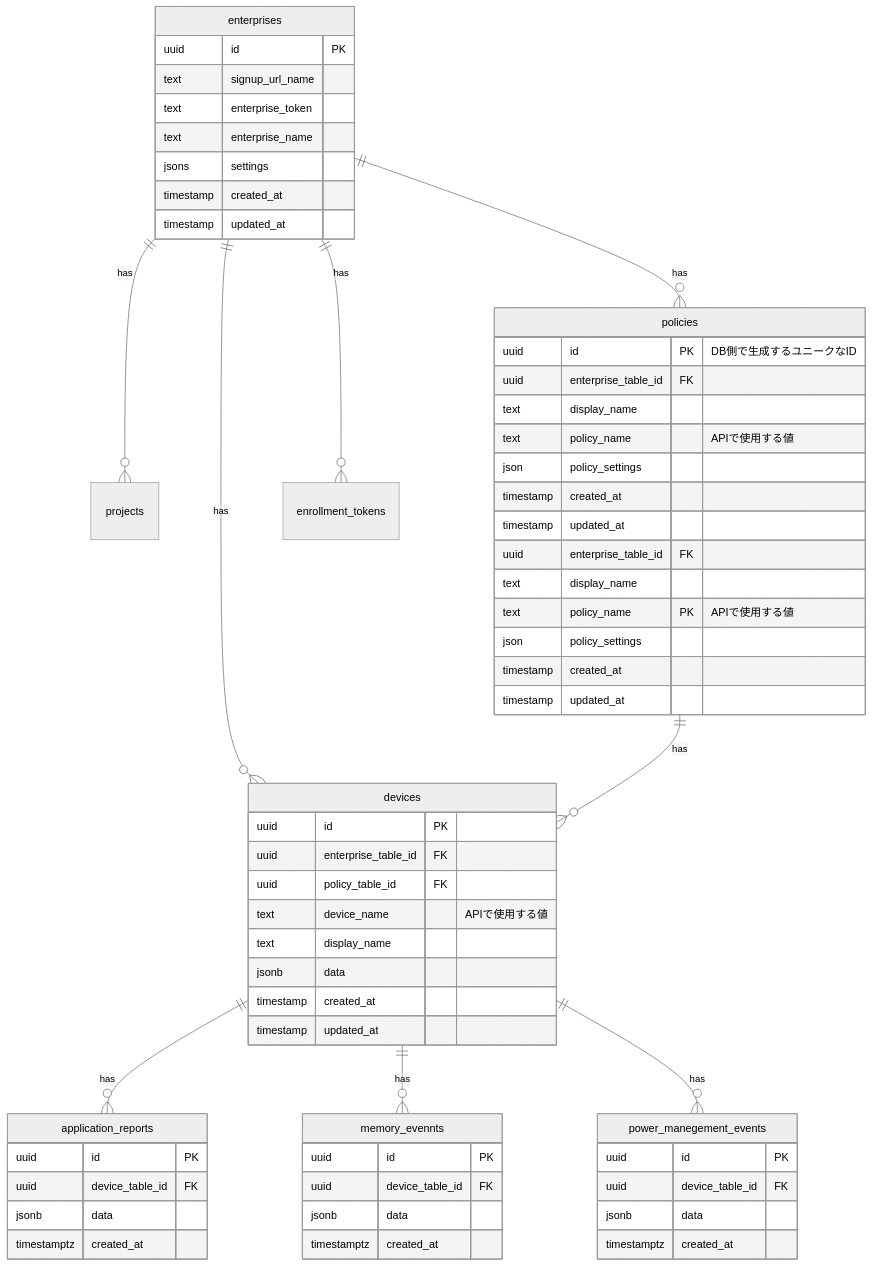
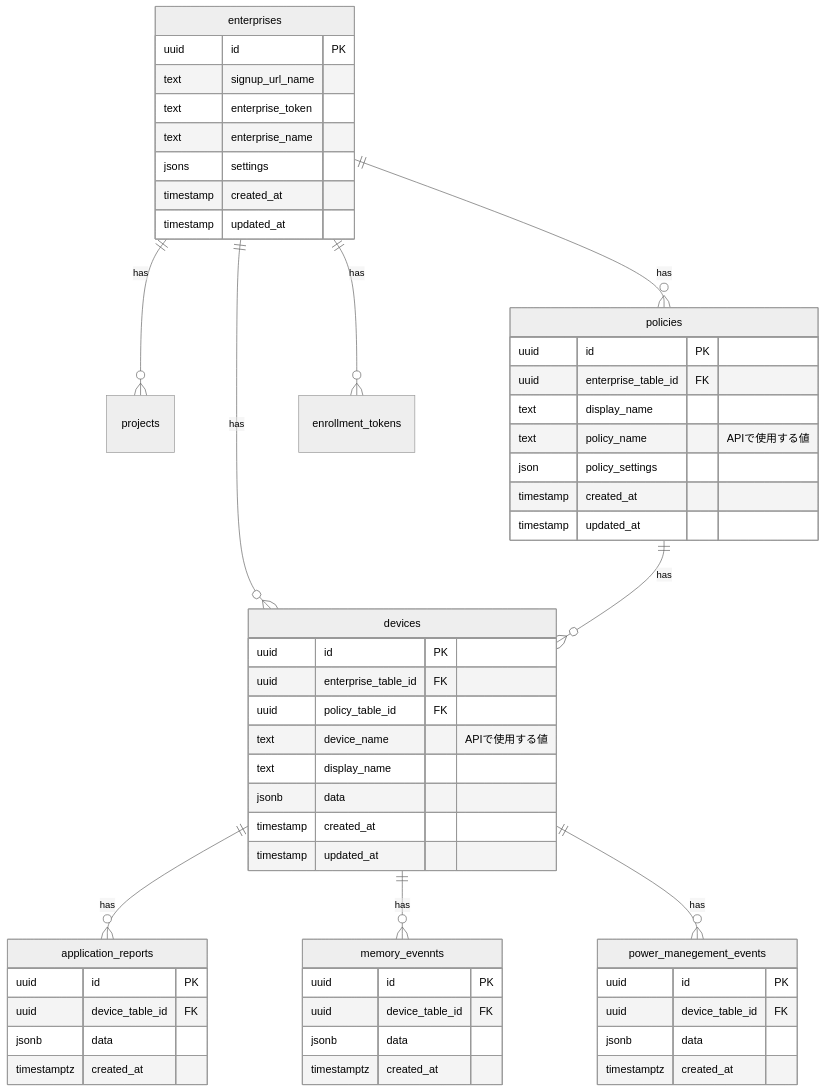
Before and after one commit to tk20211228/sample-site: the diagram in db/dev/enterprise-policy-device-er.md, drawn with Mermaid (neutral theme). The commit also changed 170 other files, not shown here.

```diff
--- a/db/dev/enterprise-policy-device-er.md
+++ b/db/dev/enterprise-policy-device-er.md
@@ -24,19 +24,10 @@
     }
 
     policies {
-        uuid id PK　"DB側で生成するユニークなID"
+        uuid id PK
         uuid enterprise_table_id FK
         text display_name
         text policy_name "APIで使用する値"
-        json policy_settings
-        timestamp created_at
-        timestamp updated_at
-    }
-
-　　policies {
-        uuid enterprise_table_id FK
-        text display_name
-        text policy_name PK　"APIで使用する値"
         json policy_settings
         timestamp created_at
         timestamp updated_at
```
